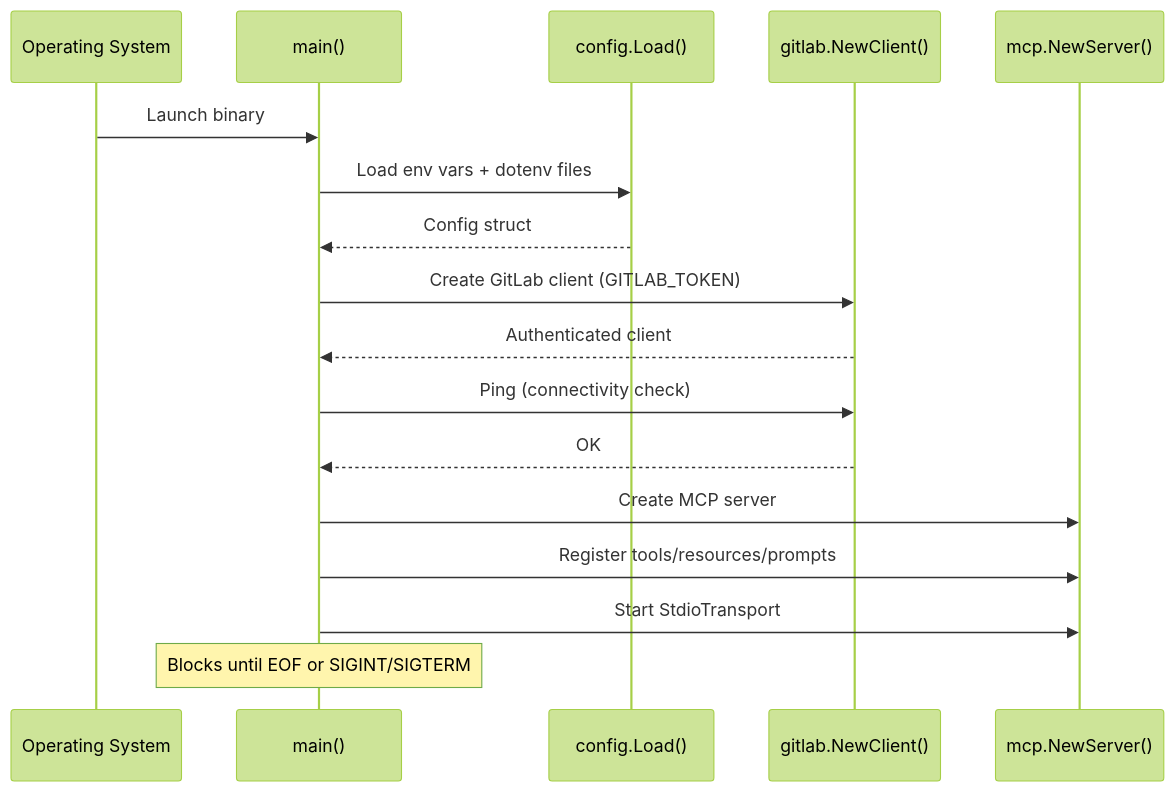
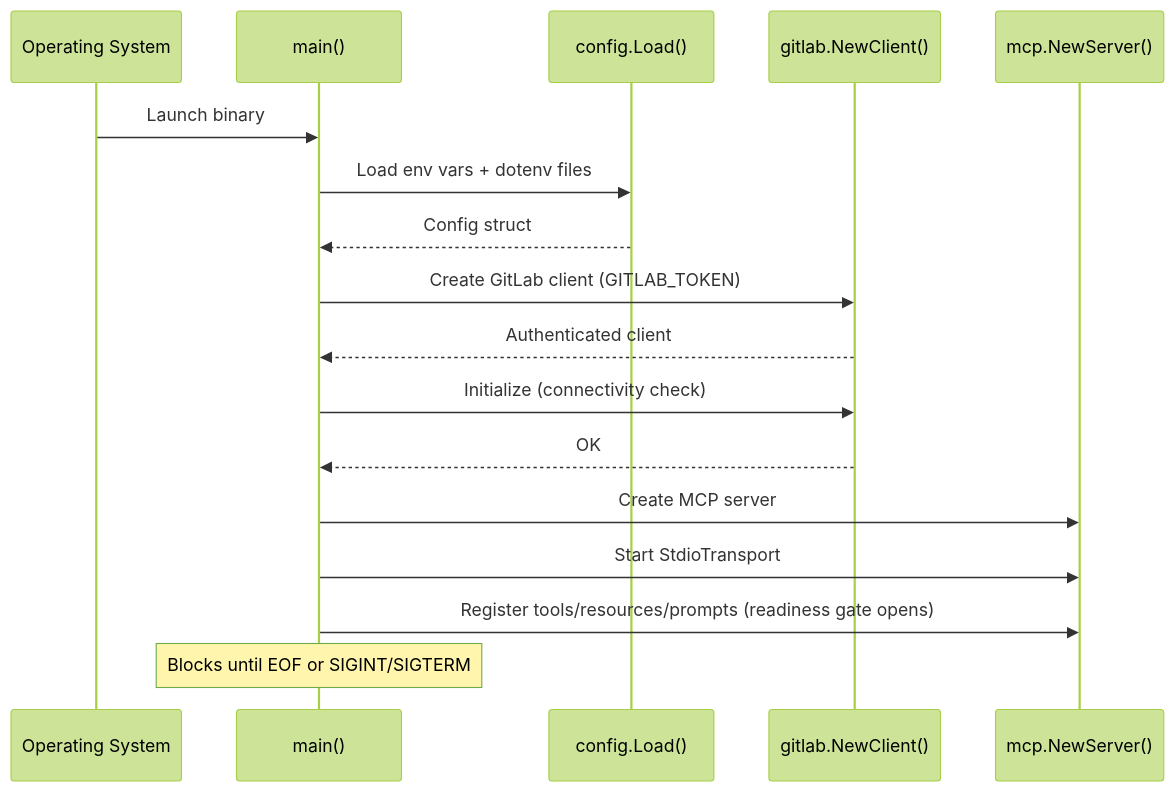
One commit to jmrplens/gitlab-mcp-server changed diagram 11 of 12 in docs/concepts/architecture.md. Above: the diagram before and after it, drawn with Mermaid (forest theme). The commit also changed other lines of this file and 102 other files, not shown here.

````diff
--- a/docs/concepts/architecture.md
+++ b/docs/concepts/architecture.md
@@ -526,20 +527,20 @@
 ```mermaid
 sequenceDiagram
     participant OS as Operating System
     participant Main as main()
     participant Config as config.Load()
     participant GL as gitlab.NewClient()
     participant MCP as mcp.NewServer()
 
     OS->>Main: Launch binary
     Main->>Config: Load env vars + dotenv files
     Config-->>Main: Config struct
     Main->>GL: Create GitLab client (GITLAB_TOKEN)
     GL-->>Main: Authenticated client
-    Main->>GL: Ping (connectivity check)
+    Main->>GL: Initialize (connectivity check)
     GL-->>Main: OK
     Main->>MCP: Create MCP server
-    Main->>MCP: Register tools/resources/prompts
     Main->>MCP: Start StdioTransport
+    Main->>MCP: Register tools/resources/prompts (readiness gate opens)
     Note over Main: Blocks until EOF or SIGINT/SIGTERM
 ```
````
